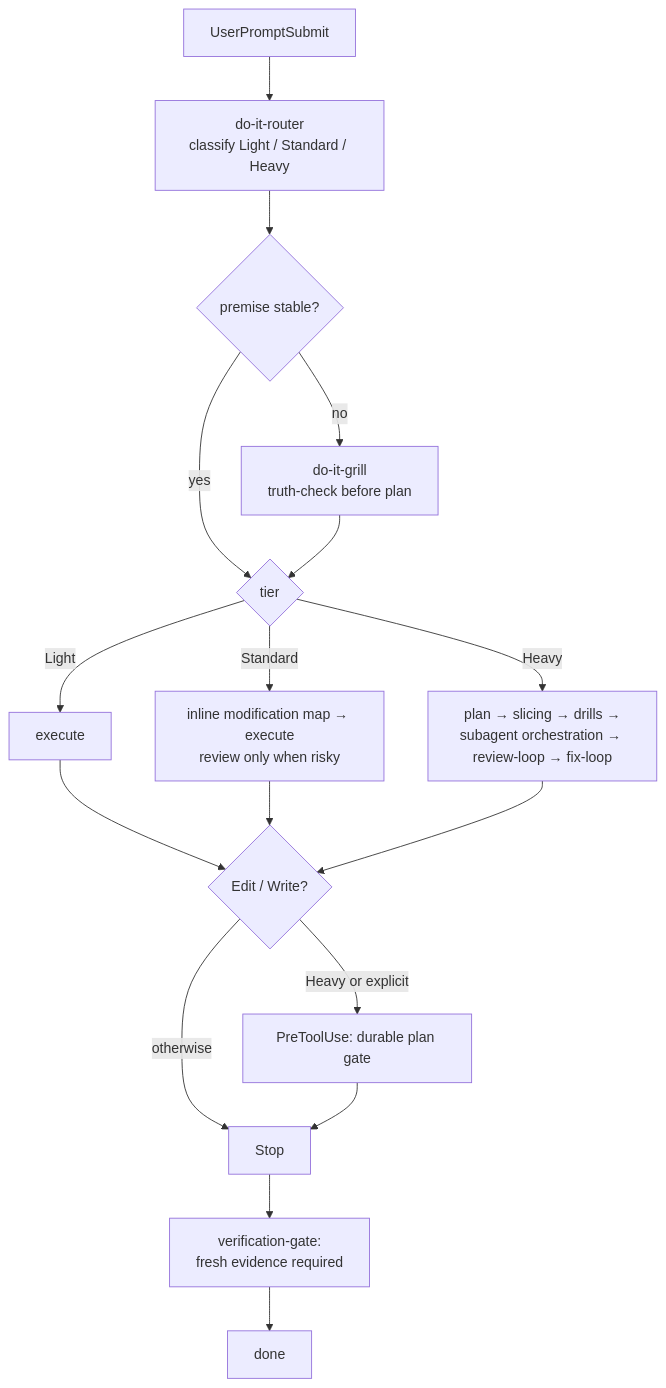
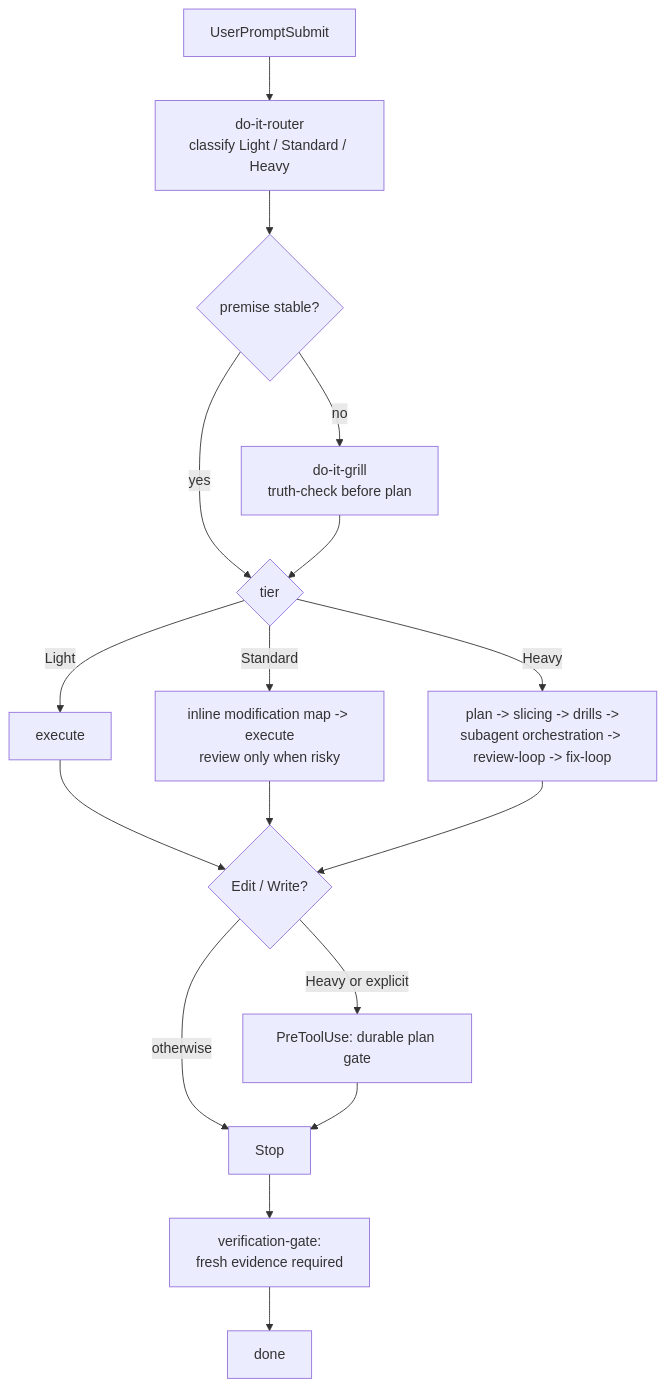
The diagram in README.md (tdwhere123/do-it), drawn with Mermaid before and after one commit. The commit also changed other lines of this file and 2 other files, not shown here.

````diff
--- a/README.md
+++ b/README.md
@@ -40,19 +128,19 @@
 ```mermaid
 flowchart TD
     P[UserPromptSubmit] --> R[do-it-router<br/>classify Light / Standard / Heavy]
     R --> G{premise stable?}
     G -- no --> GR[do-it-grill<br/>truth-check before plan]
     G -- yes --> T{tier}
     GR --> T
     T -- Light --> L[execute]
-    T -- Standard --> S[inline modification map → execute<br/>review only when risky]
-    T -- Heavy --> H[plan → slicing → drills →<br/>subagent orchestration → review-loop → fix-loop]
+    T -- Standard --> S[inline modification map -> execute<br/>review only when risky]
+    T -- Heavy --> H[plan -> slicing -> drills -><br/>subagent orchestration -> review-loop -> fix-loop]
     L --> PG{Edit / Write?}
     S --> PG
     H --> PG
     PG -- Heavy or explicit --> PGY[PreToolUse: durable plan gate]
     PG -- otherwise --> V[Stop]
     PGY --> V
     V --> VG[verification-gate:<br/>fresh evidence required]
     VG --> D[done]
 ```
````
